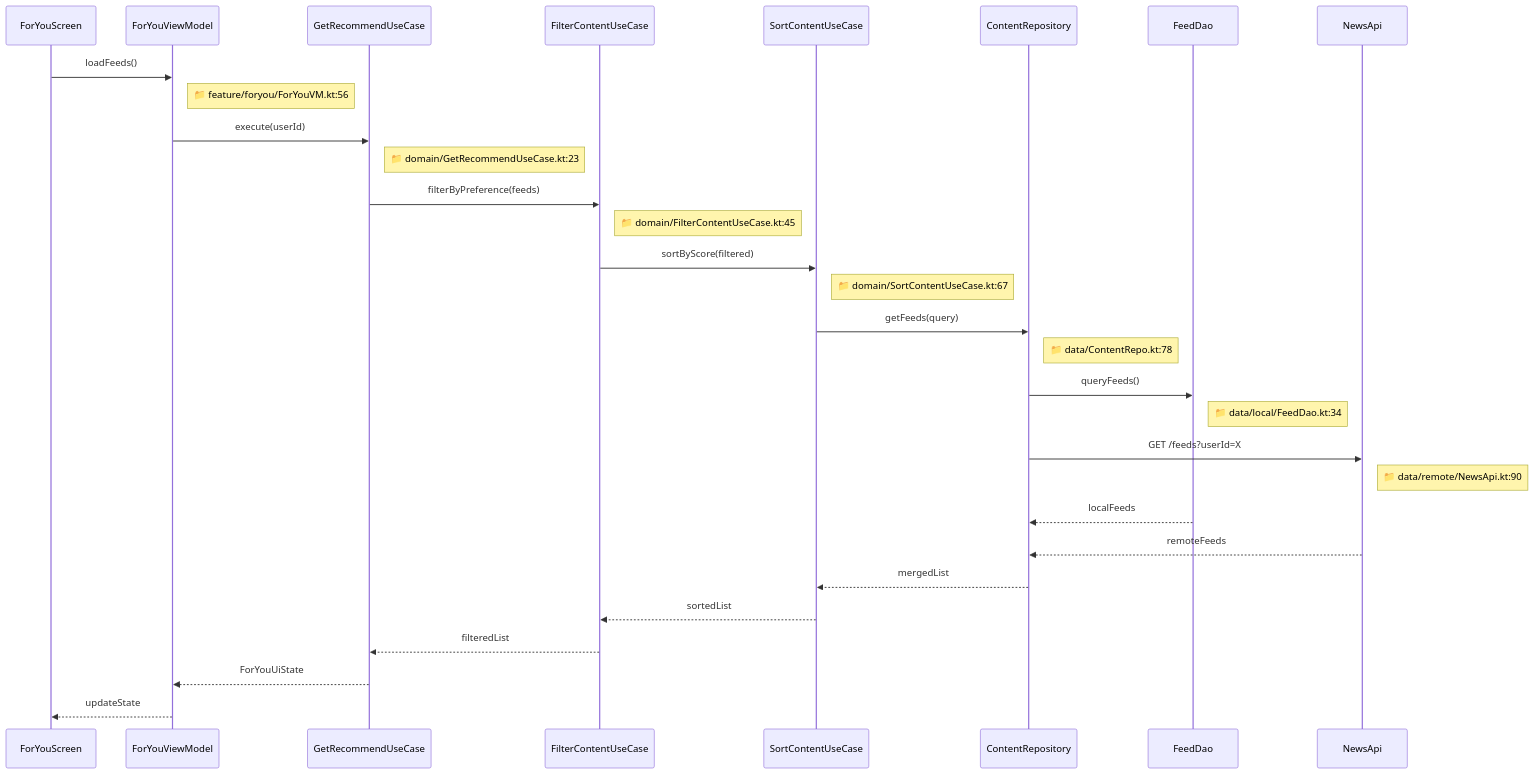
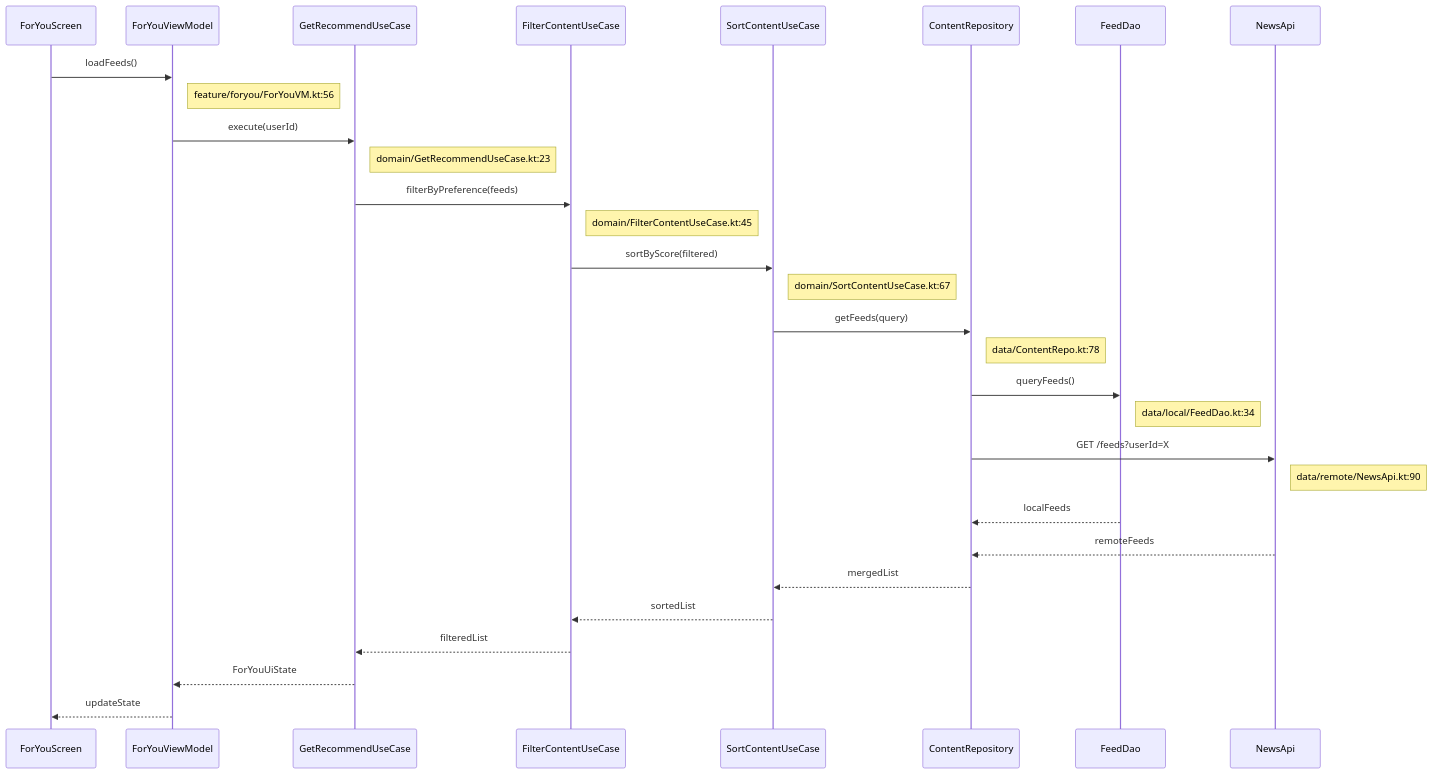
The seventh of 7 diagrams in references/android-template.md (CaostGrace/project-arch-reverse), drawn with Mermaid before and after one commit. The commit also changed other lines of this file and 10 other files, not shown here.

Commit message:
fix: 修复 12.1 流程图 Mermaid 渲染问题 - 结构重组+节点引号+形状修复

````diff
--- a/references/android-template.md
+++ b/references/android-template.md
@@ -423,33 +450,33 @@
 ```mermaid
 sequenceDiagram
     participant Screen as ForYouScreen
     participant VM as ForYouViewModel
     participant UseCase as GetRecommendUseCase
     participant Filter as FilterContentUseCase
     participant Sort as SortContentUseCase
     participant Repo as ContentRepository
     participant Local as FeedDao
     participant Remote as NewsApi
 
     Screen->>VM: loadFeeds()
-    Note right of VM: 📁 feature/foryou/ForYouVM.kt:56
+    Note right of VM:  feature/foryou/ForYouVM.kt:56
     VM->>UseCase: execute(userId)
-    Note right of UseCase: 📁 domain/GetRecommendUseCase.kt:23
+    Note right of UseCase:  domain/GetRecommendUseCase.kt:23
     UseCase->>Filter: filterByPreference(feeds)
-    Note right of Filter: 📁 domain/FilterContentUseCase.kt:45
+    Note right of Filter:  domain/FilterContentUseCase.kt:45
     Filter->>Sort: sortByScore(filtered)
-    Note right of Sort: 📁 domain/SortContentUseCase.kt:67
+    Note right of Sort:  domain/SortContentUseCase.kt:67
     Sort->>Repo: getFeeds(query)
-    Note right of Repo: 📁 data/ContentRepo.kt:78
+    Note right of Repo:  data/ContentRepo.kt:78
     Repo->>Local: queryFeeds()
-    Note right of Local: 📁 data/local/FeedDao.kt:34
+    Note right of Local:  data/local/FeedDao.kt:34
     Repo->>Remote: GET /feeds?userId=X
-    Note right of Remote: 📁 data/remote/NewsApi.kt:90
+    Note right of Remote:  data/remote/NewsApi.kt:90
     Local-->>Repo: localFeeds
     Remote-->>Repo: remoteFeeds
     Repo-->>Sort: mergedList
     Sort-->>Filter: sortedList
     Filter-->>UseCase: filteredList
     UseCase-->>VM: ForYouUiState
     VM-->>Screen: updateState
 ```
````
